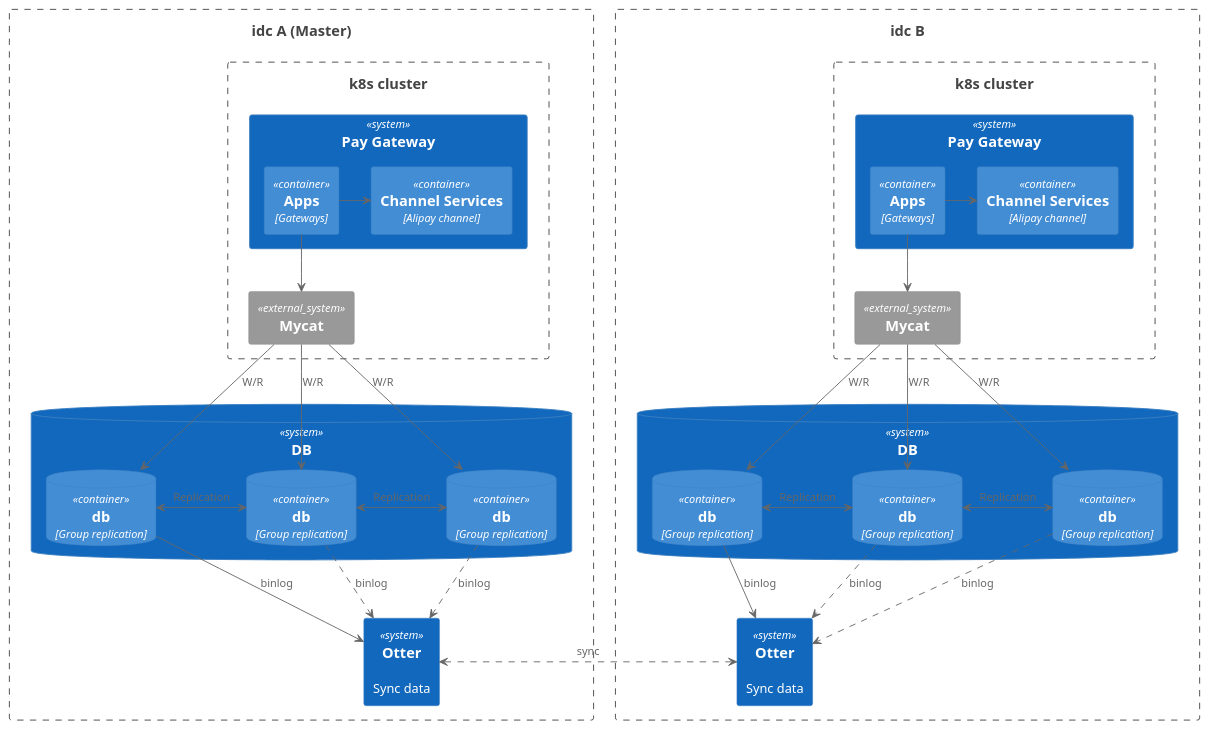
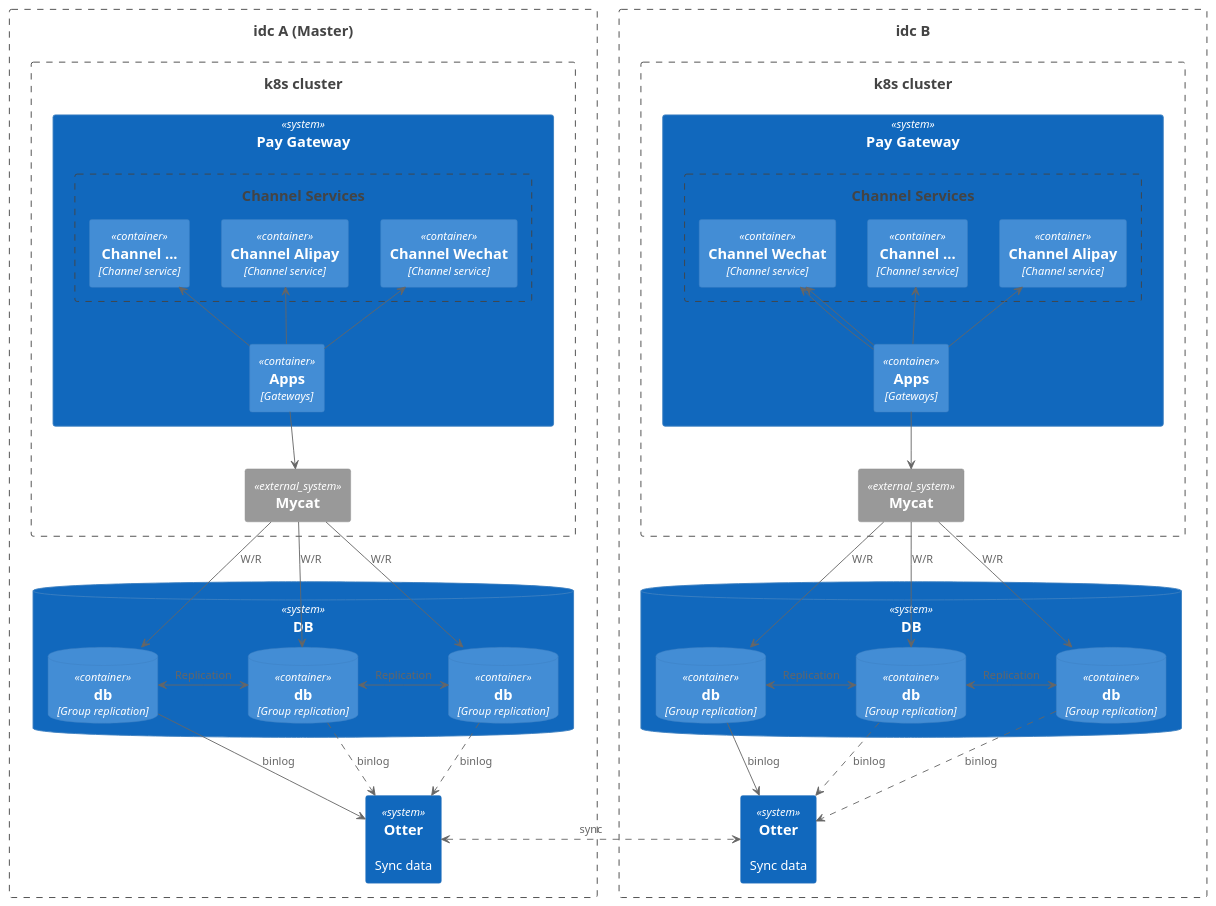
Before and after one commit to blademainer/blog: the fifth of 6 diagrams in source/_posts/pay-design-architecture.md, drawn with PlantUML. The commit also changed other lines of this file, not shown here.

```diff
--- a/source/_posts/pay-design-architecture.md
+++ b/source/_posts/pay-design-architecture.md
@@ -364,7 +364,11 @@
   Boundary(ka, "k8s cluster"){
     System(pa, "Pay Gateway"){
       Container(paa, "Apps", "Gateways")
-      Container(cha1, "Channel Services", "Alipay channel")
+      Boundary(chs, "Channel Services"){
+        Container(ch1, "Channel Wechat", "Channel service")
+        Container(ch2, "Channel Alipay", "Channel service")
+        Container(chx, "Channel ...", "Channel service")
+      }
     }
     System_Ext(ma, "Mycat")
   }
@@ -376,8 +380,13 @@
   
   System(ota, "Otter", "Sync data")
   
+  
+  'ch1 -[hidden]D- ch2
+  'ch2 -[hidden]D- chx
   paa --> ma
-  paa -> cha1
+  paa -U-> ch1
+  paa -U-> ch2
+  paa -U-> chx
   
   ma -D-> dba1: W/R
   ma -D-> dba2: W/R
@@ -395,7 +404,11 @@
   Boundary(kb, "k8s cluster"){
     System(pb, "Pay Gateway"){
       Container(pab, "Apps", "Gateways")
-      Container(chb1, "Channel Services", "Alipay channel")
+      Boundary(chbs, "Channel Services"){
+        Container(chb1, "Channel Wechat", "Channel service")
+        Container(chb2, "Channel Alipay", "Channel service")
+        Container(chbx, "Channel ...", "Channel service")
+      }
     }
     System_Ext(mb, "Mycat")
   }
@@ -408,6 +421,9 @@
   System(otb, "Otter", "Sync data")
   
   pab --> mb
+  pab -U-> chb1
+  pab -U-> chb2
+  pab -U-> chbx
   pab -> chb1
   
   mb -D-> dbb1: W/R
```
